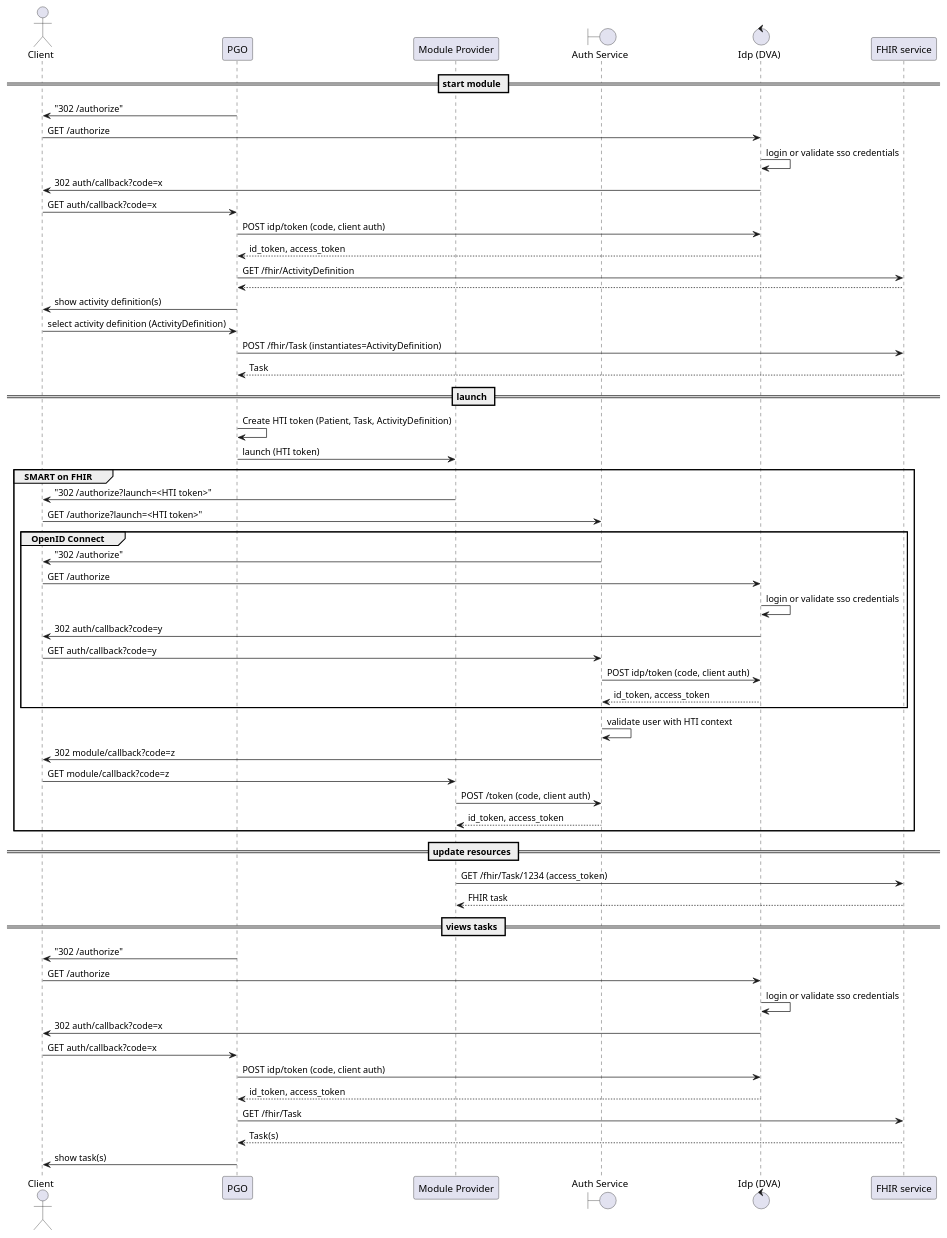
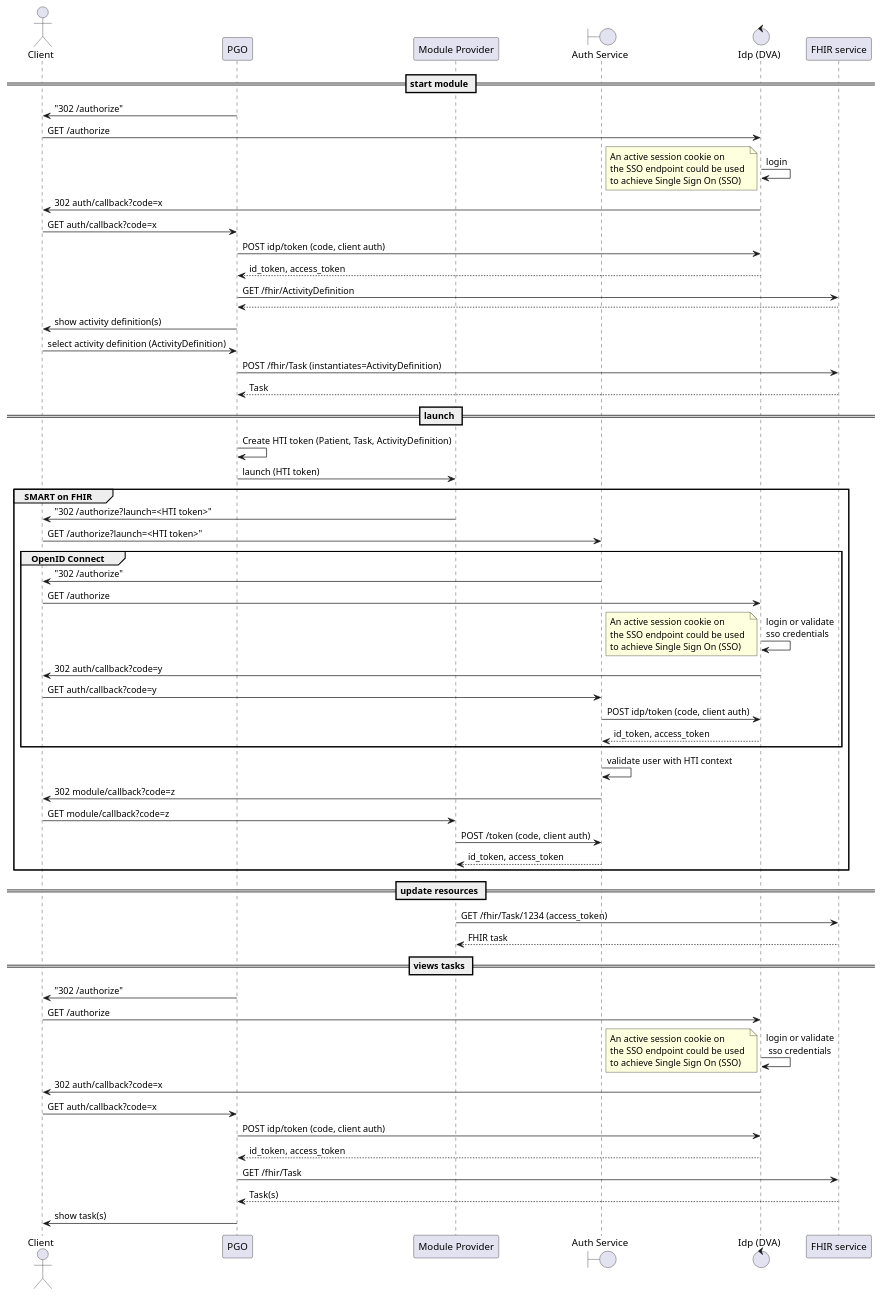
The diagram in koppelmij_interaction.puml (Headease/KoppelMij), drawn with PlantUML before and after one commit.

```diff
--- a/koppelmij_interaction.puml
+++ b/koppelmij_interaction.puml
@@ -1,63 +1,78 @@
 @startuml
 actor "Client" as client
 participant "PGO" as pgo
 participant "Module Provider" as module
 boundary "Auth Service" as auth
 control "Idp (DVA)" as idp
 participant "FHIR service" as fhir_service
 
 == start module ==
 pgo -> client: "302 /authorize"
 client -> idp: GET /authorize
-idp -> idp: login or validate sso credentials
+idp -> idp: login
+note left 
+   An active session cookie on 
+   the SSO endpoint could be used 
+   to achieve Single Sign On (SSO)
+end note
 idp -> client: 302 auth/callback?code=x
 client -> pgo: GET auth/callback?code=x
 pgo -> idp: POST idp/token (code, client auth)
 idp --> pgo: id_token, access_token
 pgo -> fhir_service: GET /fhir/ActivityDefinition
 fhir_service --> pgo
 pgo -> client: show activity definition(s)
 client -> pgo: select activity definition (ActivityDefinition)
 pgo -> fhir_service: POST /fhir/Task (instantiates=ActivityDefinition)
 fhir_service --> pgo: Task
 
 == launch ==
 pgo -> pgo: Create HTI token (Patient, Task, ActivityDefinition)
 pgo -> module: launch (HTI token)
 group SMART on FHIR
 module -> client: "302 /authorize?launch=<HTI token>"
 client -> auth: GET /authorize?launch=<HTI token>"
 group OpenID Connect
 auth -> client: "302 /authorize"
 client -> idp: GET /authorize
-idp -> idp: login or validate sso credentials
+idp -> idp: login or validate\nsso credentials 
+note left 
+   An active session cookie on 
+   the SSO endpoint could be used 
+   to achieve Single Sign On (SSO)
+end note
 idp -> client: 302 auth/callback?code=y
 client -> auth: GET auth/callback?code=y
 auth -> idp: POST idp/token (code, client auth)
 idp --> auth: id_token, access_token
 end
 auth -> auth: validate user with HTI context
 auth -> client: 302 module/callback?code=z
 client -> module: GET module/callback?code=z
 module -> auth: POST /token (code, client auth)
 auth --> module: id_token, access_token
 end
 
 == update resources ==
 
 module -> fhir_service: GET /fhir/Task/1234 (access_token)
 fhir_service --> module: FHIR task
 
 == views tasks ==
 pgo -> client: "302 /authorize"
 client -> idp: GET /authorize
-idp -> idp: login or validate sso credentials
+idp -> idp: login or validate\n sso credentials
+note left 
+   An active session cookie on 
+   the SSO endpoint could be used 
+   to achieve Single Sign On (SSO)
+end note
 idp -> client: 302 auth/callback?code=x
 client -> pgo: GET auth/callback?code=x
 pgo -> idp: POST idp/token (code, client auth)
 idp --> pgo: id_token, access_token
 pgo -> fhir_service: GET /fhir/Task
 fhir_service --> pgo: Task(s)
 pgo -> client: show task(s)
 
 @enduml
```
